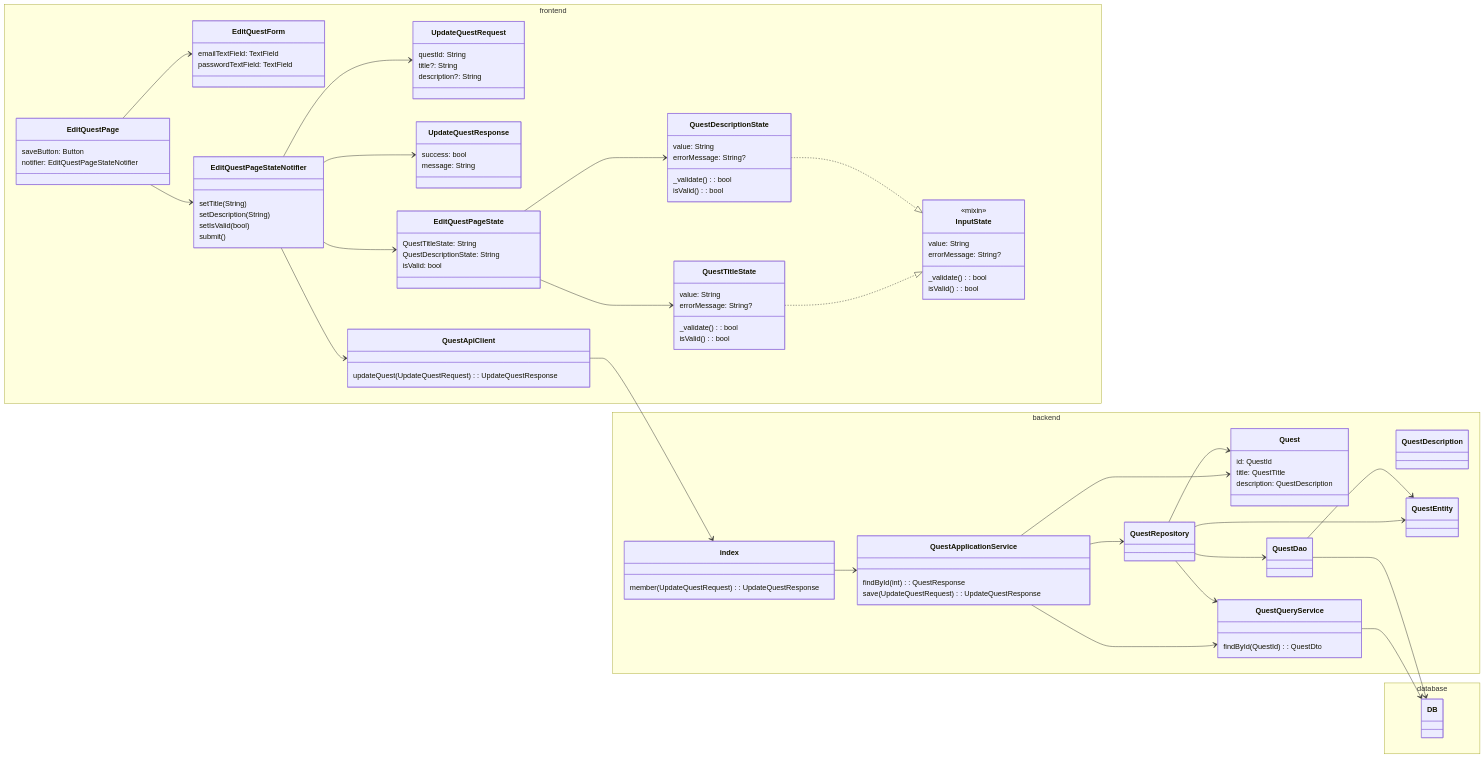
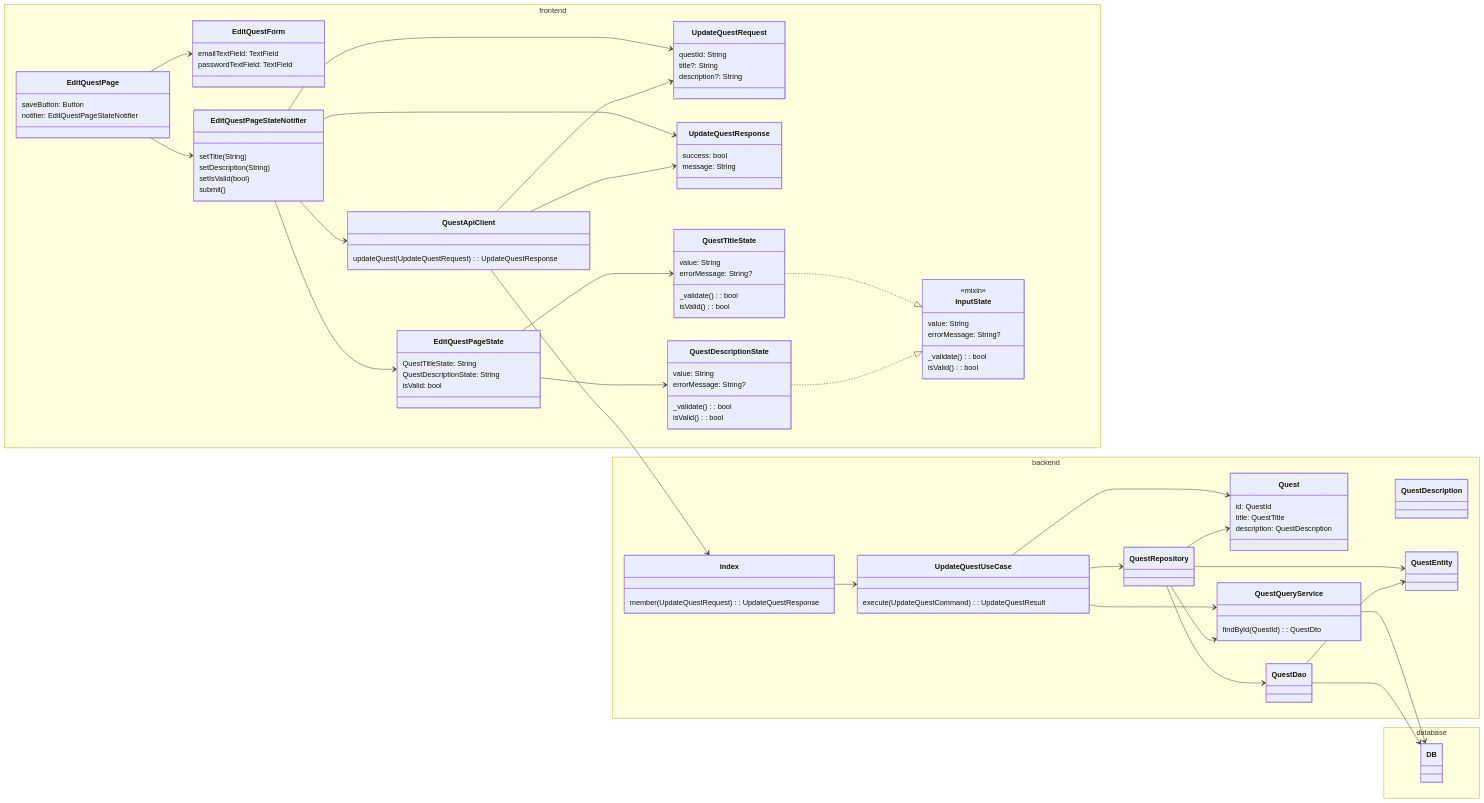
Before and after one commit to shuhei1101/allowance-questboard: the diagram in docs/uml/flutter_supabase_clsd.md, drawn with Mermaid. The commit also changed 20 other files, not shown here.

```diff
--- a/docs/uml/flutter_supabase_clsd.md
+++ b/docs/uml/flutter_supabase_clsd.md
@@ -70,9 +70,8 @@
             description: QuestDescription
         }
         class QuestDescription
-        class QuestApplicationService {
-            findById(int): QuestResponse
-            save(UpdateQuestRequest): UpdateQuestResponse
+        class UpdateQuestUseCase {
+            execute(UpdateQuestCommand): UpdateQuestResult
         }
         class QuestQueryService {
             findById(QuestId): QuestDto
@@ -99,13 +98,15 @@
     EditQuestPageStateNotifier --> UpdateQuestRequest
     EditQuestPageStateNotifier --> UpdateQuestResponse
     EditQuestPageStateNotifier --> QuestApiClient
+    QuestApiClient --> UpdateQuestRequest
+    QuestApiClient --> UpdateQuestResponse
     
     QuestApiClient --> index
-    index --> QuestApplicationService
+    index --> UpdateQuestUseCase
 
-    QuestApplicationService --> QuestQueryService
-    QuestApplicationService --> QuestRepository
-    QuestApplicationService --> Quest
+    UpdateQuestUseCase --> QuestQueryService
+    UpdateQuestUseCase --> QuestRepository
+    UpdateQuestUseCase --> Quest
     QuestQueryService --> DB
     QuestRepository --> Quest
     QuestRepository --> QuestDao
```
